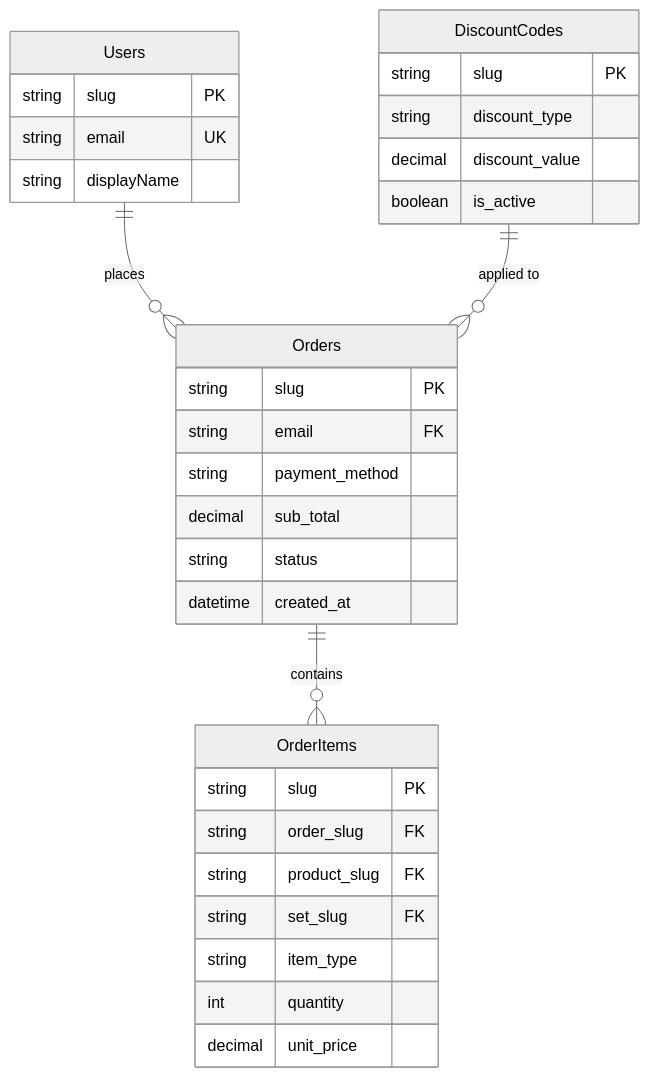
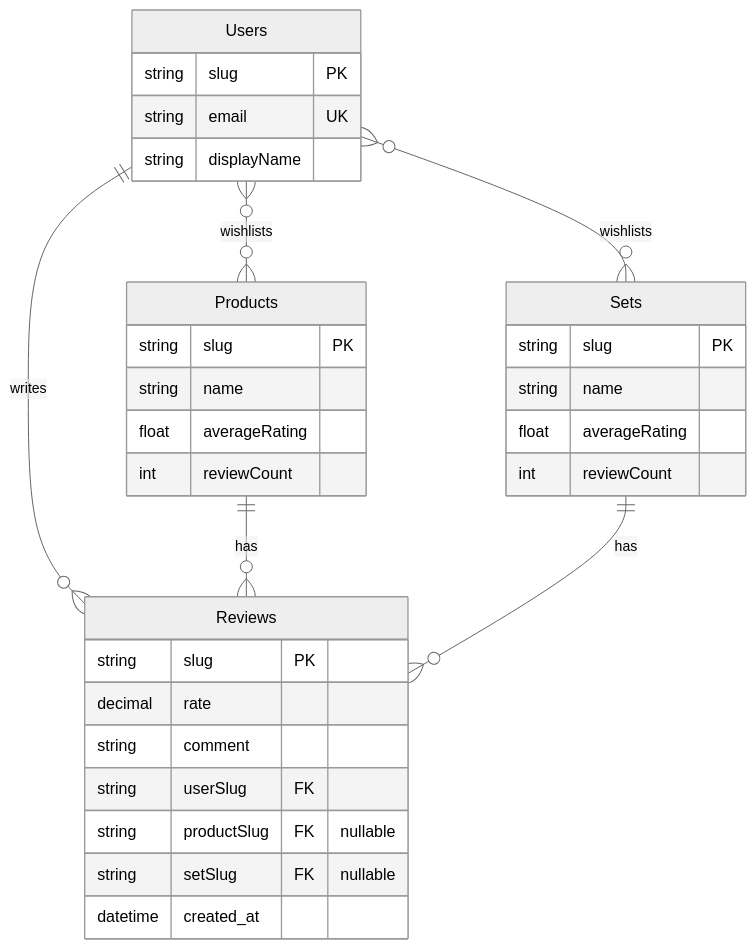
One commit to aymanbazyan/storeflow-docs changed the third of 5 diagrams in docs/01-Overview/02-Tech-Stack-Concepts.md. Above: the diagram before and after it, drawn with Mermaid (neutral theme). The commit also changed other lines of this file and 1 other file, not shown here.

````diff
--- a/docs/01-Overview/02-Tech-Stack-Concepts.md
+++ b/docs/01-Overview/02-Tech-Stack-Concepts.md
@@ -70,39 +135,41 @@
 ```mermaid
 erDiagram
     Users {
         string slug PK
         string email UK
         string displayName
     }
 
-    Orders {
+    Reviews {
         string slug PK
-        string email FK
-        string payment_method
-        decimal sub_total
-        string status
+        decimal rate
+        string comment
+        string userSlug FK
+        string productSlug FK "nullable"
+        string setSlug FK "nullable"
         datetime created_at
     }
 
-    OrderItems {
+    %% Tables from other domains shown for context
+    Products {
         string slug PK
-        string order_slug FK
-        string product_slug FK
-        string set_slug FK
-        string item_type
-        int quantity
-        decimal unit_price
+        string name
+        float averageRating
+        int reviewCount
     }
 
-    DiscountCodes {
+    Sets {
         string slug PK
-        string discount_type
-        decimal discount_value
-        boolean is_active
+        string name
+        float averageRating
+        int reviewCount
     }
 
-    Users ||--o{ Orders : places
-    Orders ||--o{ OrderItems : contains
-    DiscountCodes ||--o{ Orders : "applied to"
+    %% Relationships
+    Users ||--o{ Reviews : "writes"
+    Products ||--o{ Reviews : "has"
+    Sets ||--o{ Reviews : "has"
 
+    Users }o--o{ Products : "wishlists"
+    Users }o--o{ Sets : "wishlists"
 ```
````
